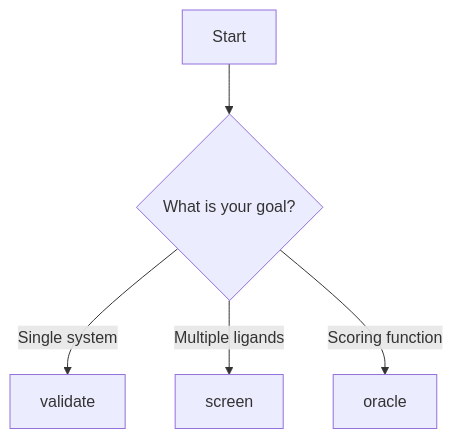
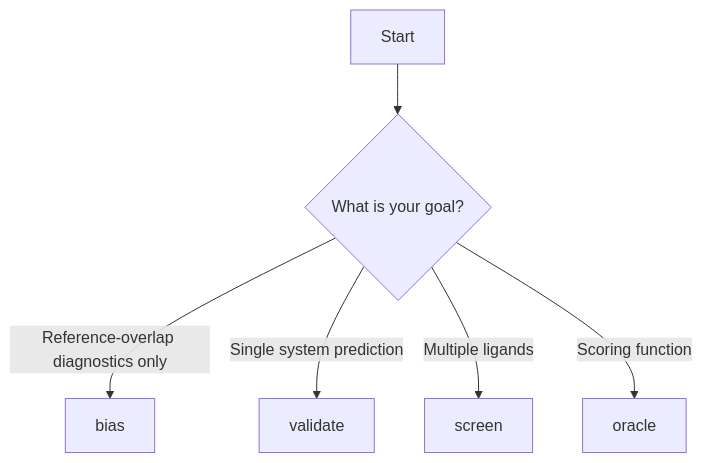
The diagram in docs/user-guide/overview.md (CDDLeiden/COFOLDER), drawn with Mermaid before and after one commit. The commit also changed other lines of this file and 8 other files, not shown here.

````diff
--- a/docs/user-guide/overview.md
+++ b/docs/user-guide/overview.md
@@ -44,7 +56,8 @@
 ```mermaid
 graph TD
     A[Start] --> B{What is your goal?}
-    B -->|Single system| C[validate]
+    B -->|Reference-overlap diagnostics only| F[bias]
+    B -->|Single system prediction| C[validate]
     B -->|Multiple ligands| D[screen]
     B -->|Scoring function| E[oracle]
 ```
````
